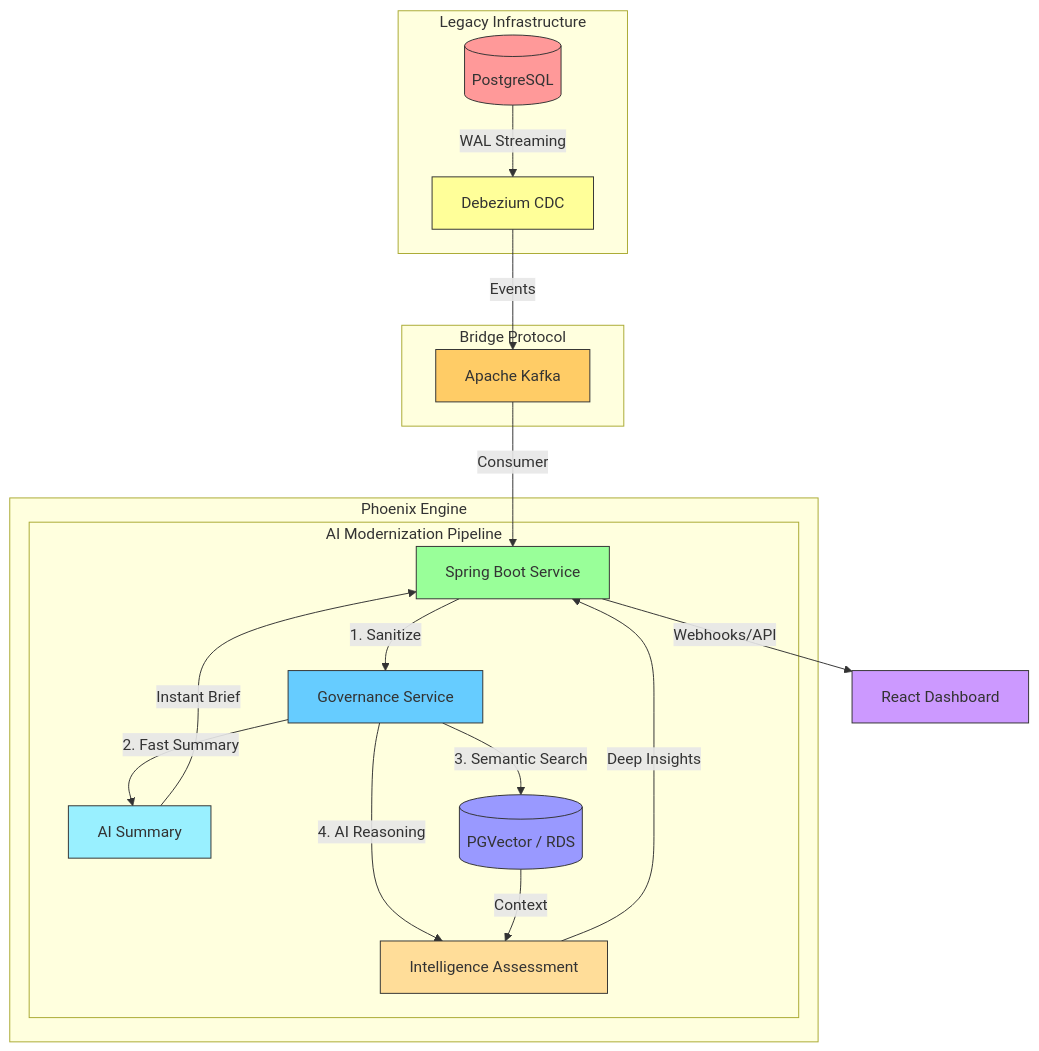
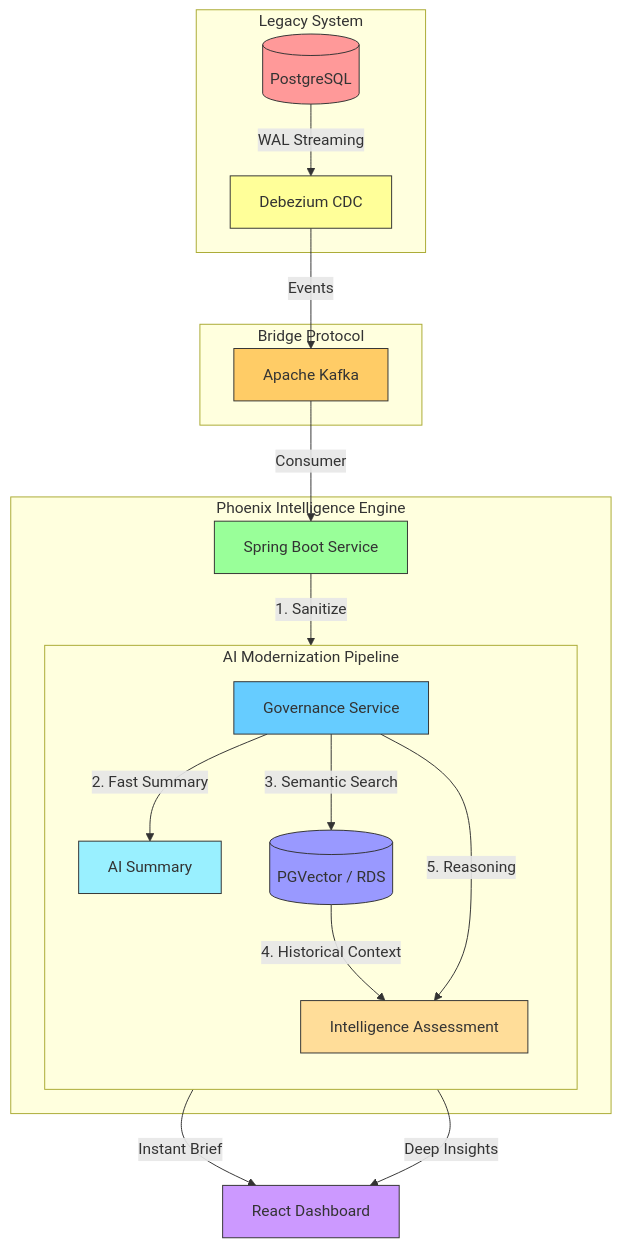
The diagram in README.md (primusa/phoenix), drawn with Mermaid before and after one commit.

Commit message:
Updated readme for summary

````diff
--- a/README.md
+++ b/README.md
@@ -43,36 +43,36 @@
 ```mermaid
 graph TD
-    subgraph "Legacy Infrastructure"
+    subgraph "Legacy System"
         LDB[(PostgreSQL)] -->|WAL Streaming| DBZ[Debezium CDC]
     end
 
     subgraph "Bridge Protocol"
         DBZ -->|Events| K[Apache Kafka]
     end
 
-    subgraph "Phoenix Engine"
+    subgraph "Phoenix Intelligence Engine"
         K -->|Consumer| SB[Spring Boot Service]
+        SB -->|1. Sanitize| GS[Governance Service]
         
         subgraph "AI Modernization Pipeline"
-            SB -->|1. Sanitize| GS[Governance Service]
+            direction TB
             GS -->|2. Fast Summary| SUM[AI Summary]
             GS -->|3. Semantic Search| VDB[(PGVector / RDS)]
-            GS -->|4. AI Reasoning| IA[Intelligence Assessment]
-            VDB -->|Context| IA
+            VDB -->|4. Historical Context| IA[Intelligence Assessment]
+            GS -->|5. Reasoning| IA
         end
     end
 
-    IA -->|Deep Insights| SB
-    SUM -->|Instant Brief| SB
-    SB -->|Webhooks/API| UI[React Dashboard]
+    SUM -->|Instant Brief| UI[React Dashboard]
+    IA -->|Deep Insights| UI
     
     style LDB fill:#ff9999,stroke:#333
     style DBZ fill:#ffff99,stroke:#333
     style SB fill:#99ff99,stroke:#333
     style VDB fill:#9999ff,stroke:#333
     style SUM fill:#99f0ff,stroke:#333
     style IA fill:#ffdd99,stroke:#333
     style K fill:#ffcc66,stroke:#333
     style GS fill:#66ccff,stroke:#333
     style UI fill:#cc99ff,stroke:#333
 ```
````
